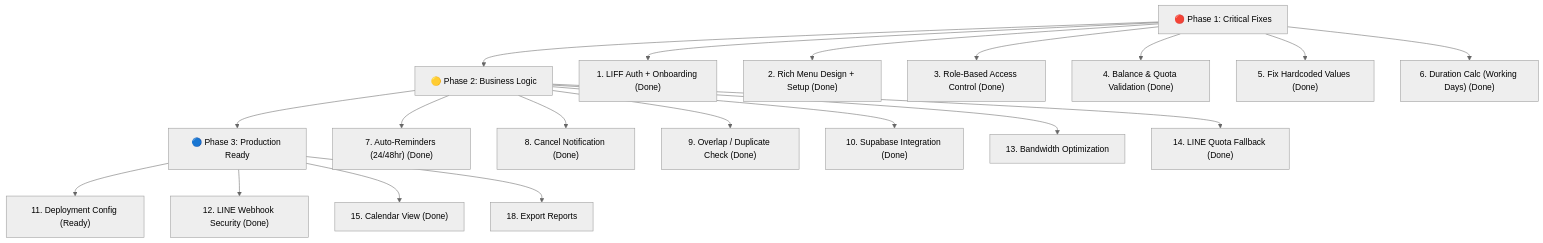
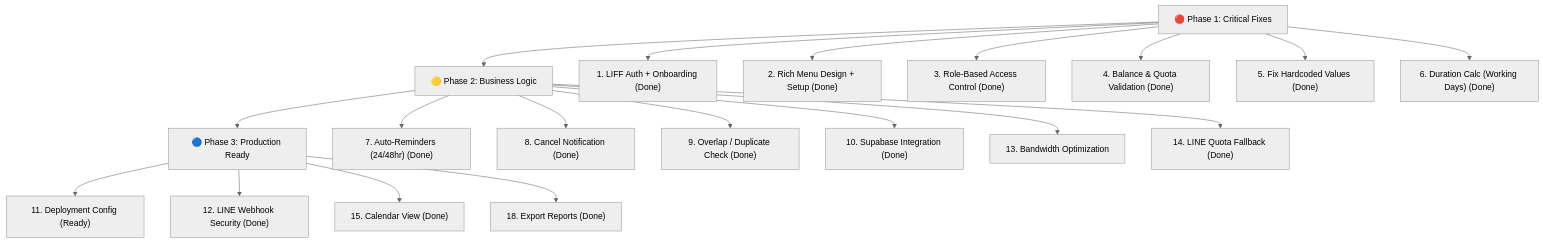
The diagram in project_analysis.md (trpxmac/doctor-leave-line), drawn with Mermaid (neutral theme) before and after one commit. The commit also changed other lines of this file and 1 other file, not shown here.

Commit message:
feat: implement Export to CSV for leave requests in Admin Dashboard

````diff
--- a/project_analysis.md
+++ b/project_analysis.md
@@ -181,24 +181,24 @@
 ```mermaid
 graph TD
     A["🔴 Phase 1: Critical Fixes"] --> B["🟡 Phase 2: Business Logic"]
     B --> C["🔵 Phase 3: Production Ready"]
     
     A --> A1["1. LIFF Auth + Onboarding (Done)"]
     A --> A2["2. Rich Menu Design + Setup (Done)"]
     A --> A3["3. Role-Based Access Control (Done)"]
     A --> A4["4. Balance & Quota Validation (Done)"]
     A --> A5["5. Fix Hardcoded Values (Done)"]
     A --> A6["6. Duration Calc (Working Days) (Done)"]
     
     B --> B1["7. Auto-Reminders (24/48hr) (Done)"]
     B --> B2["8. Cancel Notification (Done)"]
     B --> B3["9. Overlap / Duplicate Check (Done)"]
     B --> B4["10. Supabase Integration (Done)"]
     B --> B5["13. Bandwidth Optimization"]
     B --> B6["14. LINE Quota Fallback (Done)"]
     
     C --> C1["11. Deployment Config (Ready)"]
     C --> C2["12. LINE Webhook Security (Done)"]
     C --> C3["15. Calendar View (Done)"]
-    C --> C4["18. Export Reports"]
+    C --> C4["18. Export Reports (Done)"]
 ```
````
